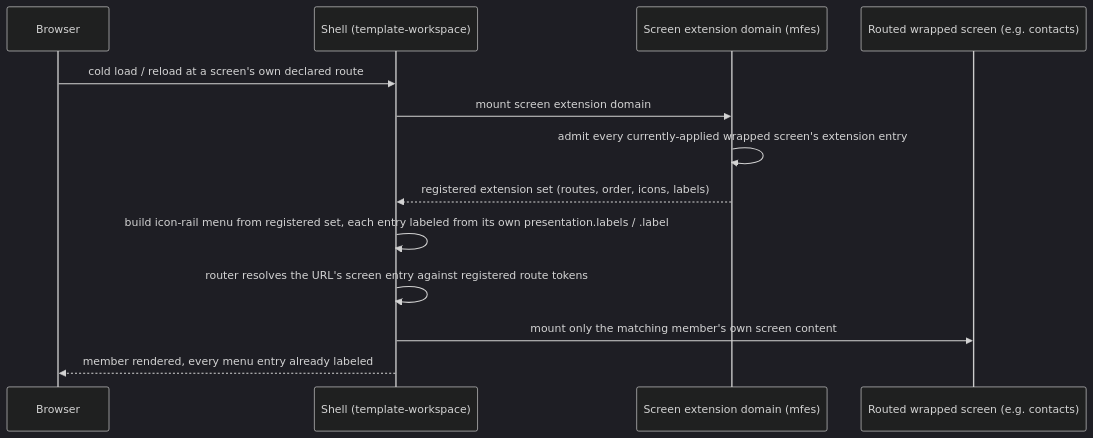
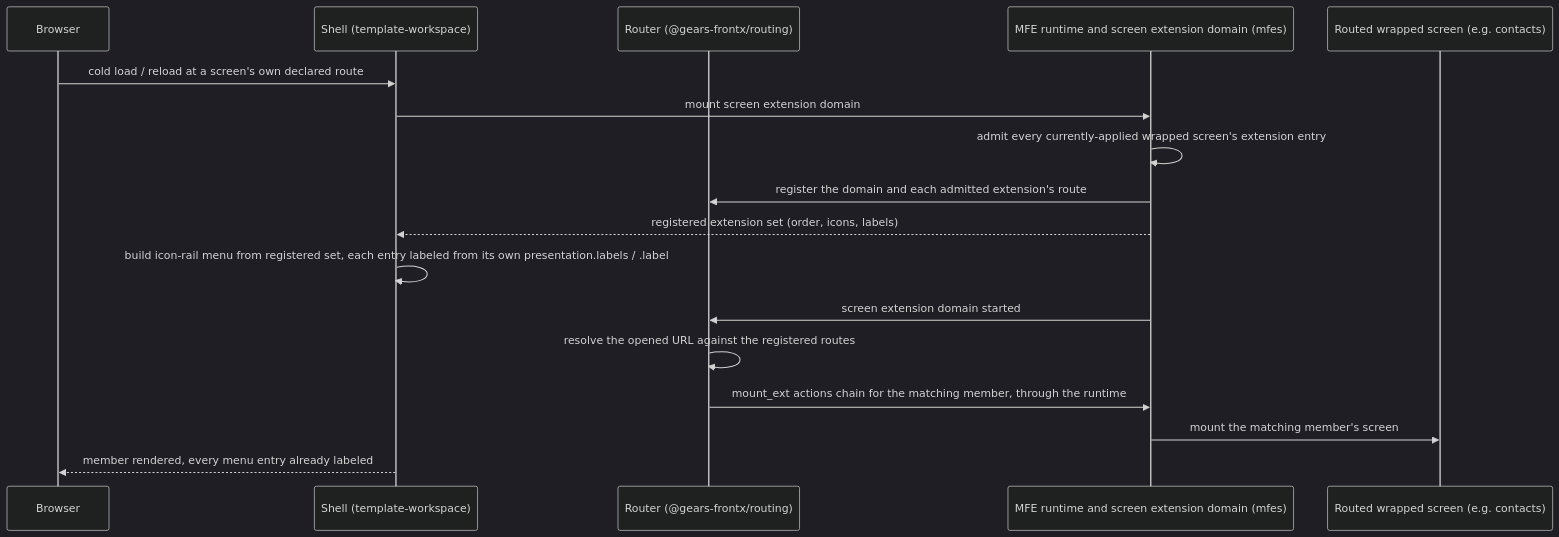
One commit to GeraBart/gears-frontx-templates changed the second of 2 diagrams in architecture/workspace-templates/DESIGN.md. Above: the diagram before and after it, drawn with Mermaid (dark theme). The commit also changed other lines of this file and 75 other files, not shown here.

Commit message:
feat: inject the ecosystem router; remove template routing code

````diff
--- a/architecture/workspace-templates/DESIGN.md
+++ b/architecture/workspace-templates/DESIGN.md
@@ -364,15 +369,19 @@
 ```mermaid
 sequenceDiagram
     participant Browser
     participant Shell as Shell (template-workspace)
-    participant Domain as Screen extension domain (mfes)
+    participant Router as Router (@gears-frontx/routing)
+    participant Domain as MFE runtime and screen extension domain (mfes)
     participant Screen as Routed wrapped screen (e.g. contacts)
     Browser->>Shell: cold load / reload at a screen's own declared route
     Shell->>Domain: mount screen extension domain
     Domain->>Domain: admit every currently-applied wrapped screen's extension entry
-    Domain-->>Shell: registered extension set (routes, order, icons, labels)
+    Domain->>Router: register the domain and each admitted extension's route
+    Domain-->>Shell: registered extension set (order, icons, labels)
     Shell->>Shell: build icon-rail menu from registered set, each entry labeled from its own presentation.labels / .label
-    Shell->>Shell: router resolves the URL's screen entry against registered route tokens
-    Shell->>Screen: mount only the matching member's own screen content
+    Domain->>Router: screen extension domain started
+    Router->>Router: resolve the opened URL against the registered routes
+    Router->>Domain: mount_ext actions chain for the matching member, through the runtime
+    Domain->>Screen: mount the matching member's screen
     Shell-->>Browser: member rendered, every menu entry already labeled
 ```
````
